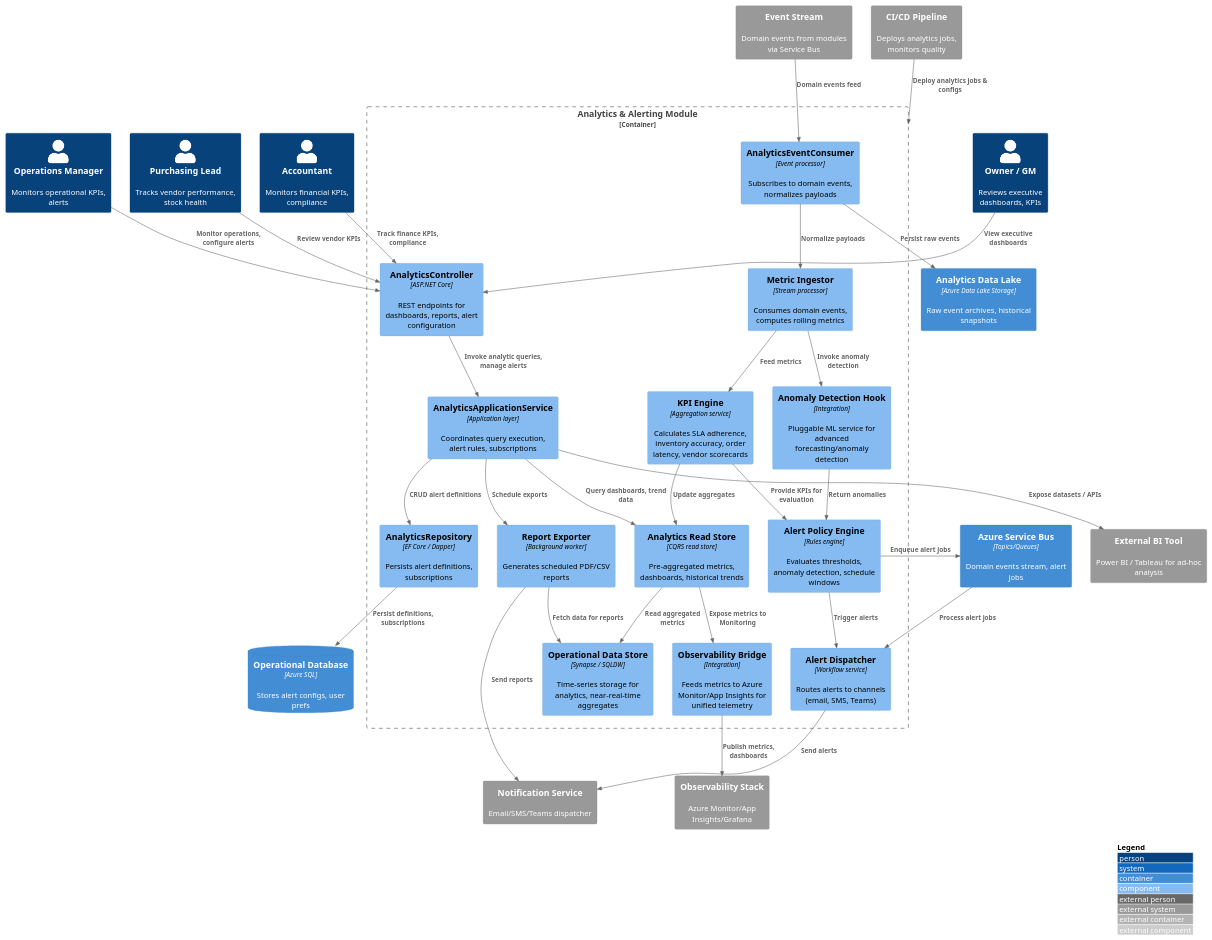
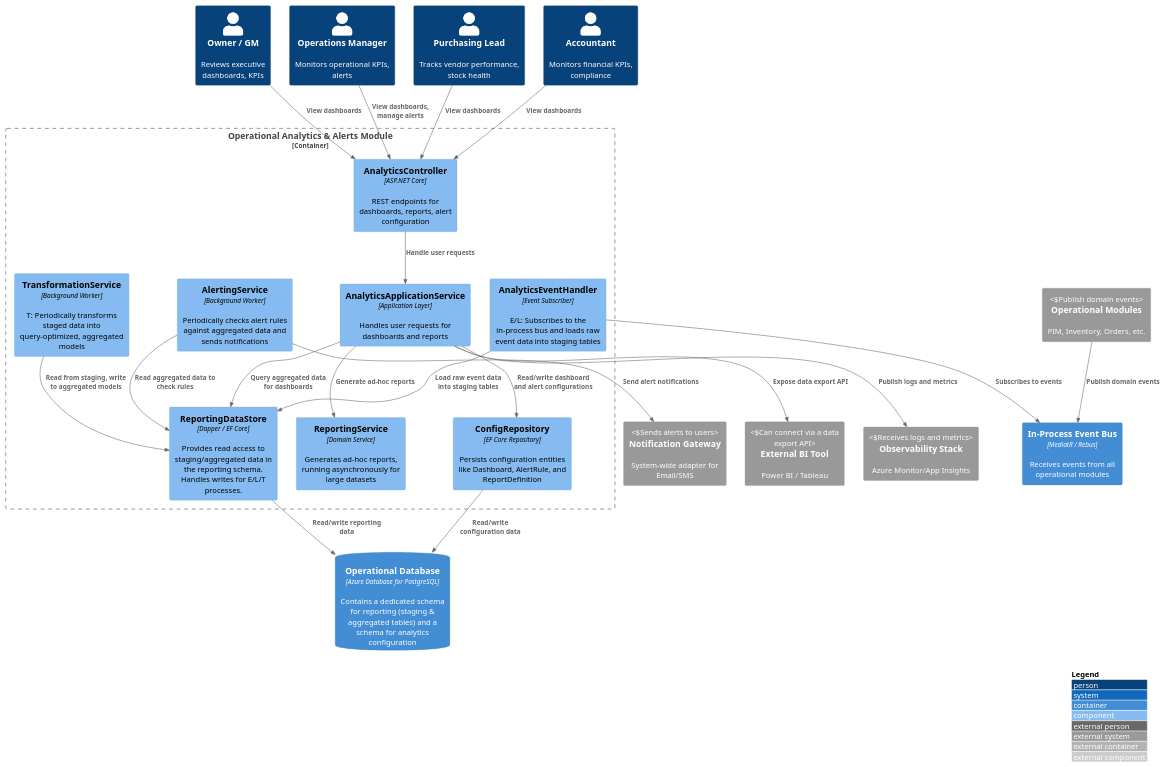
One commit to phapeee/ERP-Inventory-Management-System changed the diagram in Documents/media/attachments/C4_model/C3_component/C3_component_analytics_module/C3_component_analytics_module.puml. Above: the diagram before and after it, drawn with PlantUML. The commit also changed 157 other files, not shown here.

```diff
--- a/Documents/media/attachments/C4_model/C3_component/C3_component_analytics_module/C3_component_analytics_module.puml
+++ b/Documents/media/attachments/C4_model/C3_component/C3_component_analytics_module/C3_component_analytics_module.puml
@@ -1,67 +1,70 @@
 @startuml PineConePro_ERPIMS_C3_AnalyticsModule
 !include https://raw.githubusercontent.com/plantuml-stdlib/C4-PlantUML/master/C4_Component.puml
 
 LAYOUT_WITH_LEGEND()
 
+' Actors
 Person(owner, "Owner / GM", "Reviews executive dashboards, KPIs")
 Person(opsManager, "Operations Manager", "Monitors operational KPIs, alerts")
 Person(purchasingLead, "Purchasing Lead", "Tracks vendor performance, stock health")
 Person(accountant, "Accountant", "Monitors financial KPIs, compliance")
 
-Container_Boundary(analyticsBoundary, "Analytics & Alerting Module") {
+Container_Boundary(analyticsBoundary, "Operational Analytics & Alerts Module") {
   Component(analyticsController, "AnalyticsController", "ASP.NET Core", "REST endpoints for dashboards, reports, alert configuration")
-  Component(analyticsAppService, "AnalyticsApplicationService", "Application layer", "Coordinates query execution, alert rules, subscriptions")
-  Component(metricIngestor, "Metric Ingestor", "Stream processor", "Consumes domain events, computes rolling metrics")
-  Component(kpiEngine, "KPI Engine", "Aggregation service", "Calculates SLA adherence, inventory accuracy, order latency, vendor scorecards")
-  Component(alertPolicy, "Alert Policy Engine", "Rules engine", "Evaluates thresholds, anomaly detection, schedule windows")
-  Component(alertDispatcher, "Alert Dispatcher", "Workflow service", "Routes alerts to channels (email, SMS, Teams)")
-  Component(analyticsReadModel, "Analytics Read Store", "CQRS read store", "Pre-aggregated metrics, dashboards, historical trends")
-  Component(analyticsRepository, "AnalyticsRepository", "EF Core / Dapper", "Persists alert definitions, subscriptions")
-  Component(eventConsumer, "AnalyticsEventConsumer", "Event processor", "Subscribes to domain events, normalizes payloads")
-  Component(dataWarehouse, "Operational Data Store", "Synapse / SQLDW", "Time-series storage for analytics, near-real-time aggregates")
-  Component(reportExporter, "Report Exporter", "Background worker", "Generates scheduled PDF/CSV reports")
-  Component(observabilityBridge, "Observability Bridge", "Integration", "Feeds metrics to Azure Monitor/App Insights for unified telemetry")
-  Component(mlHook, "Anomaly Detection Hook", "Integration", "Pluggable ML service for advanced forecasting/anomaly detection")
+  Component(analyticsAppService, "AnalyticsApplicationService", "Application Layer", "Handles user requests for dashboards and reports")
+
+  ' ELT Pipeline Components
+  Component(eventHandler, "AnalyticsEventHandler", "Event Subscriber", "E/L: Subscribes to the in-process bus and loads raw event data into staging tables")
+  Component(transformService, "TransformationService", "Background Worker", "T: Periodically transforms staged data into query-optimized, aggregated models")
+  
+  ' Feature Components
+  Component(alertingService, "AlertingService", "Background Worker", "Periodically checks alert rules against aggregated data and sends notifications")
+  Component(reportingService, "ReportingService", "Domain Service", "Generates ad-hoc reports, running asynchronously for large datasets")
+
+  ' Persistence Components
+  Component(configRepository, "ConfigRepository", "EF Core Repository", "Persists configuration entities like Dashboard, AlertRule, and ReportDefinition")
+  Component(reportingDb, "ReportingDataStore", "Dapper / EF Core", "Provides read access to staging/aggregated data in the reporting schema. Handles writes for E/L/T processes.")
 }
 
-ContainerDb(sqlDb, "Operational Database", "Azure SQL", "Stores alert configs, user prefs")
-Container(dataLake, "Analytics Data Lake", "Azure Data Lake Storage", "Raw event archives, historical snapshots")
-Container(queue, "Azure Service Bus", "Topics/Queues", "Domain events stream, alert jobs")
-System_Ext(eventBus, "Event Stream", "Domain events from modules via Service Bus")
-System_Ext(observability, "Observability Stack", "Azure Monitor/App Insights/Grafana")
-System_Ext(notificationService, "Notification Service", "Email/SMS/Teams dispatcher")
-System_Ext(biTool, "External BI Tool", "Power BI / Tableau for ad-hoc analysis")
-System_Ext(ciCd, "CI/CD Pipeline", "Deploys analytics jobs, monitors quality")
+' External Dependencies
+ContainerDb(db, "Operational Database", "Azure Database for PostgreSQL", "Contains a dedicated schema for reporting (staging & aggregated tables) and a schema for analytics configuration")
+Container(bus, "In-Process Event Bus", "MediatR / Rebus", "Receives events from all operational modules")
+System_Ext(operationalModules, "Operational Modules", "PIM, Inventory, Orders, etc.", "Publish domain events")
+System_Ext(observability, "Observability Stack", "Azure Monitor/App Insights", "Receives logs and metrics")
+System_Ext(biTool, "External BI Tool", "Power BI / Tableau", "Can connect via a data export API")
+System_Ext(notificationGateway, "Notification Gateway", "System-wide adapter for Email/SMS", "Sends alerts to users")
 
-Rel(owner, analyticsController, "View executive dashboards")
-Rel(opsManager, analyticsController, "Monitor operations, configure alerts")
-Rel(purchasingLead, analyticsController, "Review vendor KPIs")
-Rel(accountant, analyticsController, "Track finance KPIs, compliance")
 
-Rel(analyticsController, analyticsAppService, "Invoke analytic queries, manage alerts")
-Rel(analyticsAppService, analyticsRepository, "CRUD alert definitions")
-Rel(analyticsRepository, sqlDb, "Persist definitions, subscriptions")
-Rel(analyticsAppService, analyticsReadModel, "Query dashboards, trend data")
-Rel(analyticsReadModel, dataWarehouse, "Read aggregated metrics")
-Rel(analyticsAppService, reportExporter, "Schedule exports")
-Rel(reportExporter, dataWarehouse, "Fetch data for reports")
-Rel(reportExporter, notificationService, "Send reports")
+' Relationships
 
-Rel(eventBus, eventConsumer, "Domain events feed")
-Rel(eventConsumer, dataLake, "Persist raw events")
-Rel(eventConsumer, metricIngestor, "Normalize payloads")
-Rel(metricIngestor, kpiEngine, "Feed metrics")
-Rel(kpiEngine, analyticsReadModel, "Update aggregates")
-Rel(kpiEngine, alertPolicy, "Provide KPIs for evaluation")
-Rel(alertPolicy, alertDispatcher, "Trigger alerts")
-Rel(alertDispatcher, notificationService, "Send alerts")
-Rel(alertPolicy, queue, "Enqueue alert jobs")
-Rel(queue, alertDispatcher, "Process alert jobs")
-Rel(metricIngestor, mlHook, "Invoke anomaly detection")
-Rel(mlHook, alertPolicy, "Return anomalies")
-Rel(analyticsReadModel, observabilityBridge, "Expose metrics to Monitoring")
-Rel(observabilityBridge, observability, "Publish metrics, dashboards")
-Rel(analyticsAppService, biTool, "Expose datasets / APIs")
-Rel(ciCd, analyticsBoundary, "Deploy analytics jobs & configs")
+' Actors -> System
+Rel(owner, analyticsController, "View dashboards")
+Rel(opsManager, analyticsController, "View dashboards, manage alerts")
+Rel(purchasingLead, analyticsController, "View dashboards")
+Rel(accountant, analyticsController, "View dashboards")
+
+' API Flow
+Rel(analyticsController, analyticsAppService, "Handle user requests")
+Rel(analyticsAppService, reportingDb, "Query aggregated data for dashboards")
+Rel(analyticsAppService, configRepository, "Read/write dashboard and alert configurations")
+Rel(analyticsAppService, reportingService, "Generate ad-hoc reports")
+
+' ELT Data Pipeline Flow
+Rel(operationalModules, bus, "Publish domain events")
+Rel(eventHandler, bus, "Subscribes to events")
+Rel(eventHandler, reportingDb, "Load raw event data into staging tables")
+Rel(transformService, reportingDb, "Read from staging, write to aggregated models")
+
+' Alerting Flow
+Rel(alertingService, reportingDb, "Read aggregated data to check rules")
+Rel(alertingService, notificationGateway, "Send alert notifications")
+
+' Persistence
+Rel(configRepository, db, "Read/write configuration data")
+Rel(reportingDb, db, "Read/write reporting data")
+
+' Other External Integrations
+Rel(analyticsAppService, biTool, "Expose data export API")
+Rel(analyticsAppService, observability, "Publish logs and metrics")
 
 @enduml
```
